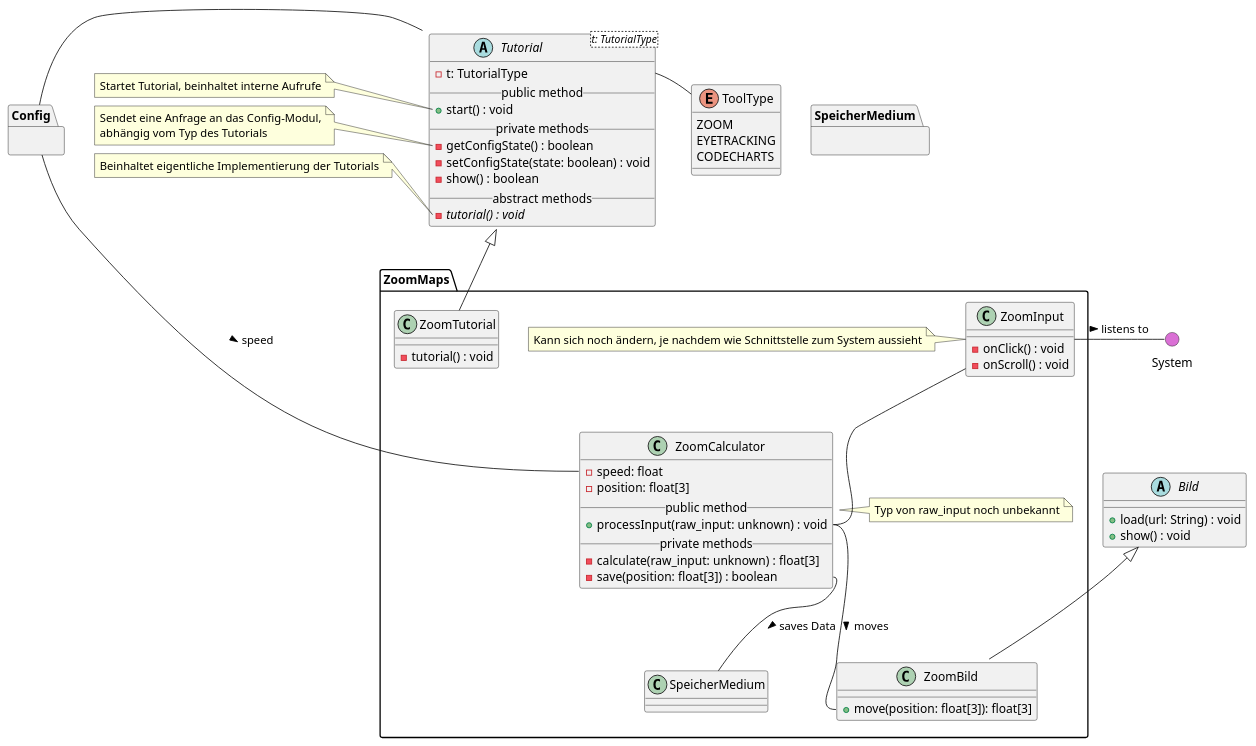
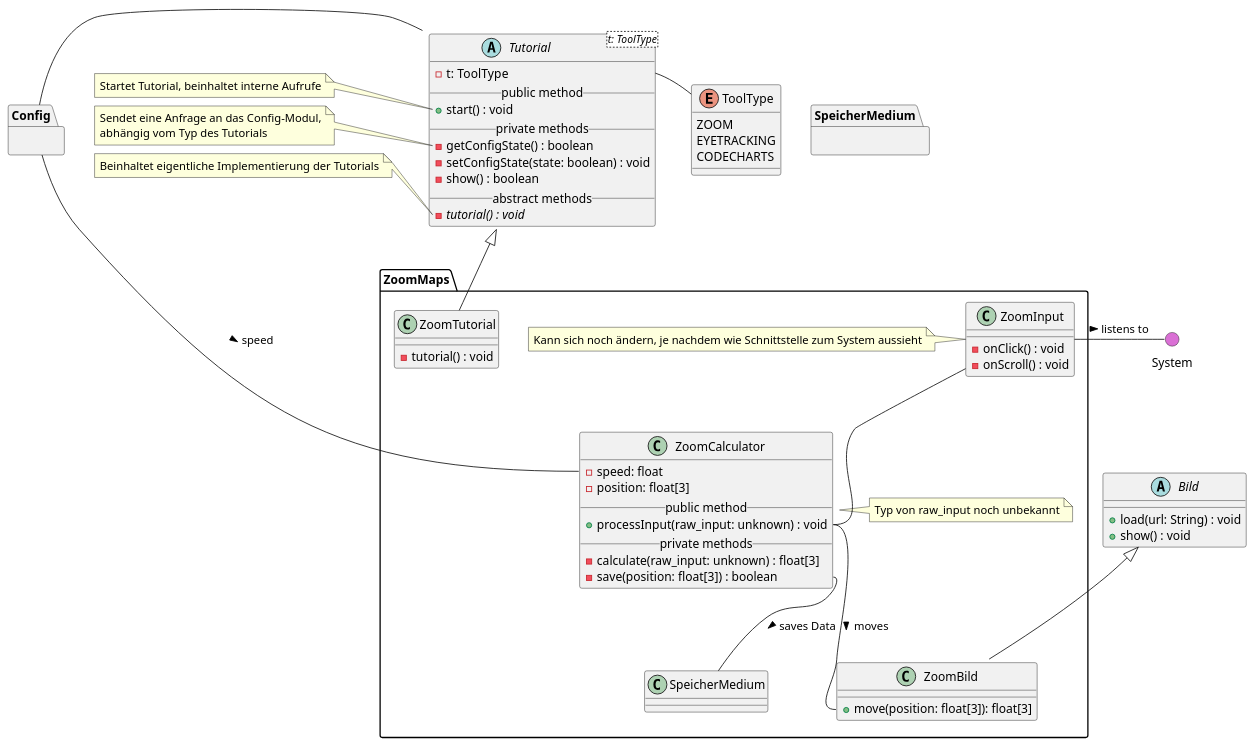
Before and after one commit to weichware10/meilensteine: the diagram in meilenstein_03/uml-zoommaps/kommentiert/zoommaps-notes.puml, drawn with PlantUML.

```diff
--- a/meilenstein_03/uml-zoommaps/kommentiert/zoommaps-notes.puml
+++ b/meilenstein_03/uml-zoommaps/kommentiert/zoommaps-notes.puml
@@ -1,110 +1,110 @@
 @startuml zoommaps
 ' skinparam backgroundColor transparent
 () System #DA70D5
 top to bottom direction
 
 ' --- TUTORIAL ---
-abstract Tutorial<t: TutorialType> {
-  - t: TutorialType
+abstract Tutorial<t: ToolType> {
+  - t: ToolType
   __public method__
   + start() : void
   __private methods__
   - getConfigState() : boolean
   - setConfigState(state: boolean) : void
   - show() : boolean
   __abstract methods__
   - {abstract} tutorial() : void
 }
 
 enum ToolType {
   ZOOM
   EYETRACKING
   CODECHARTS
 }
 
 ' Notes
 note left of Tutorial::start
     Startet Tutorial, beinhaltet interne Aufrufe
 end note
 note left of Tutorial::getConfigState
     Sendet eine Anfrage an das Config-Modul,
     abhängig vom Typ des Tutorials
 end note
 note left of Tutorial::tutorial
     Beinhaltet eigentliche Implementierung der Tutorials
 end note
 
 ' Interaktionen
 Tutorial::t -r- ToolType
 Tutorial -l- Config
 
 
 ' --- BILD ---
 
 abstract Bild {
   + load(url: String) : void
   + show() : void
 }
 
 ' === ZOOM MAPS ===
 package ZoomMaps {
 
     ' Zoom Input
     class ZoomInput {
         - onClick() : void
         - onScroll() : void
     }
 
     ' Notiz
     note left of ZoomInput
         Kann sich noch ändern, je nachdem wie Schnittstelle zum System aussieht
     end note
 
     ' Zoom Tutorial 
     class ZoomTutorial {
         - tutorial() : void
     }
   
     ' Zoom Calculator
     class ZoomCalculator {
         - speed: float
         - position: float[3]
         __public method__
         + processInput(raw_input: unknown) : void
         __private methods__
         - calculate(raw_input: unknown) : float[3]
         - save(position: float[3]) : boolean
     }
 
     ' Notiz
     note right of ZoomCalculator
         Typ von raw_input noch unbekannt
     end note
 
     ' Zoom Bild
     class ZoomBild {
         + move(position: float[3]): float[3]
     }
 
 
     ' Vererbungen
     Bild <|-- ZoomBild
     Tutorial <|-- ZoomTutorial
 
     ' Interaktionen
     ZoomInput -- ZoomCalculator::processInput
     ZoomCalculator::processInput  -- ZoomBild::move : > moves
 
     ' Andere Module
     ZoomCalculator::save -- SpeicherMedium : > saves Data
     ZoomCalculator::speed -l- Config : < speed
     ZoomInput -r- System : > listens to
   
 }
 
 ' Blackboxen / Andere Module
 package Config {}
 
 package SpeicherMedium {}
 
 @enduml
```
